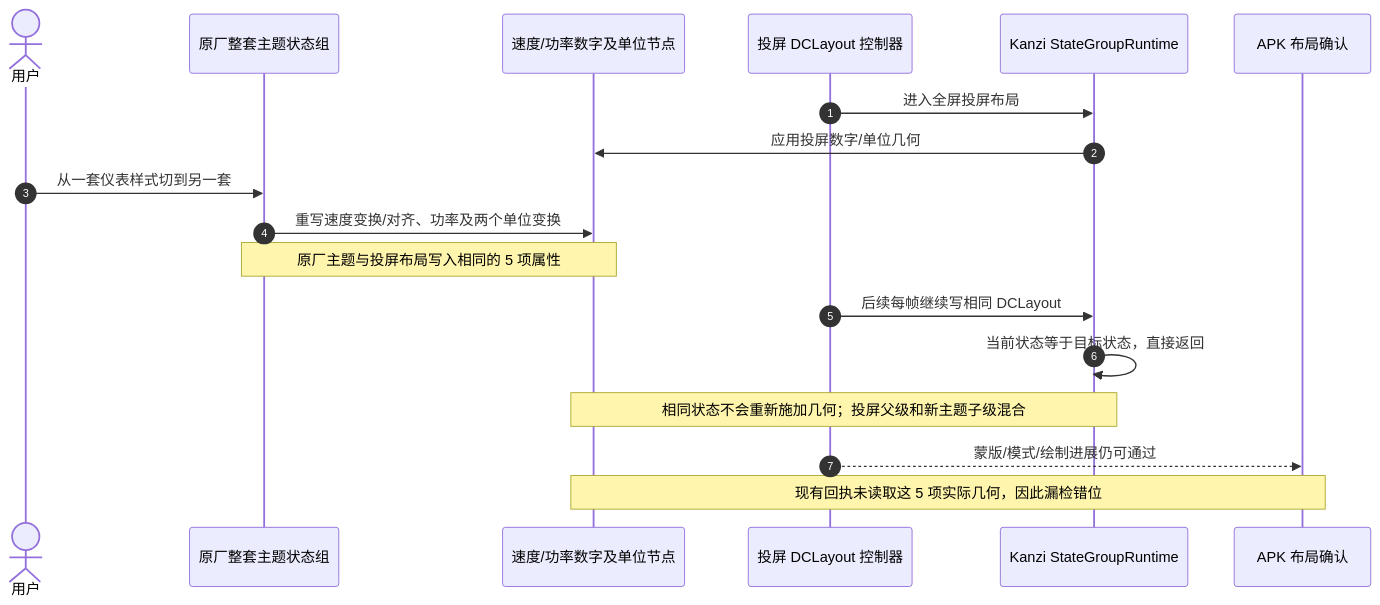
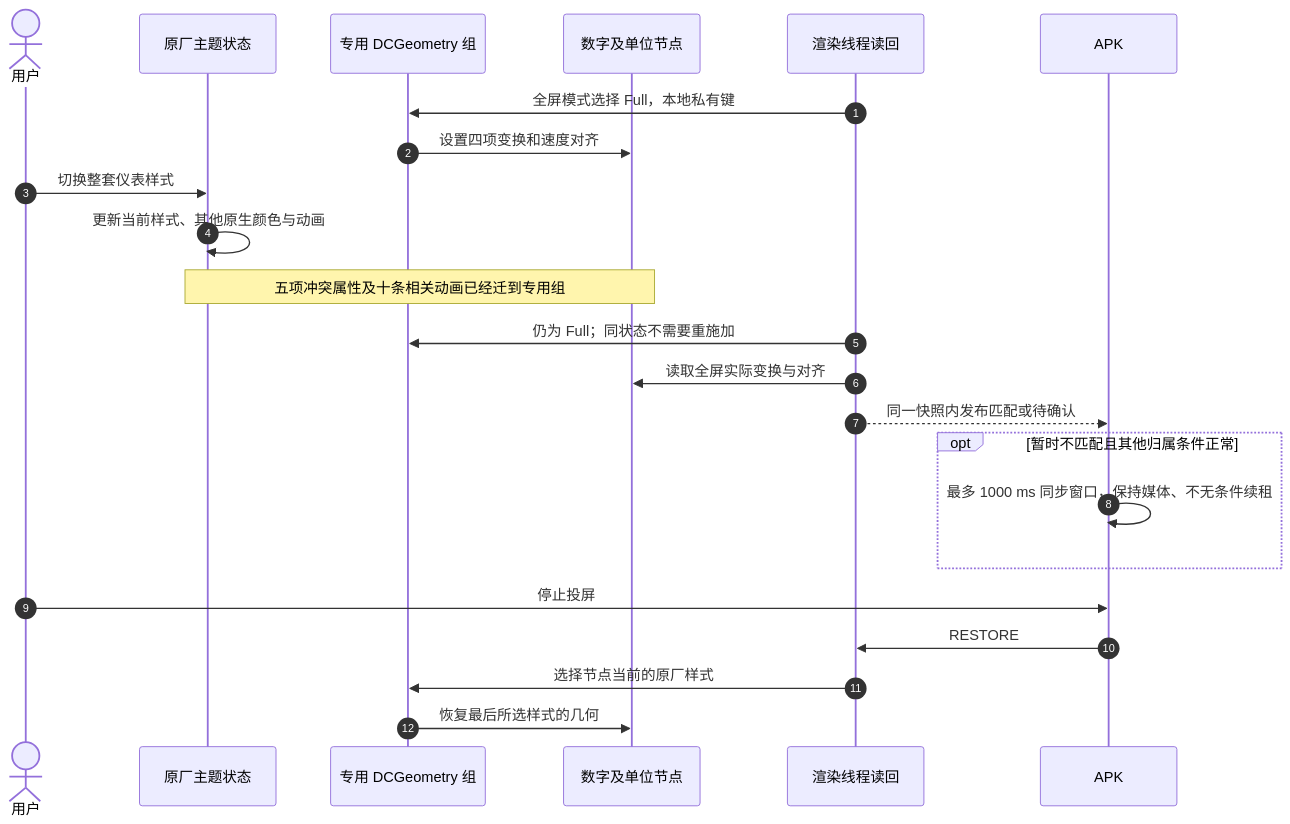
Before and after one commit to code-new-bie/byd-dashcast: diagram 15 of 15 in docs/SEQUENCE.md, drawn with Mermaid. The commit also changed other lines of this file and 18 other files, not shown here.

````diff
--- a/docs/SEQUENCE.md
+++ b/docs/SEQUENCE.md
@@ -643,20 +643,25 @@
 ```mermaid
 sequenceDiagram
     autonumber
     actor U as 用户
-    participant T as 原厂整套主题状态组
-    participant N as 速度/功率数字及单位节点
-    participant C as 投屏 DCLayout 控制器
-    participant K as Kanzi StateGroupRuntime
-    participant A as APK 布局确认
-    C->>K: 进入全屏投屏布局
-    K->>N: 应用投屏数字/单位几何
-    U->>T: 从一套仪表样式切到另一套
-    T->>N: 重写速度变换/对齐、功率及两个单位变换
-    Note over T,N: 原厂主题与投屏布局写入相同的 5 项属性
-    C->>K: 后续每帧继续写相同 DCLayout
-    K->>K: 当前状态等于目标状态，直接返回
-    Note over N,K: 相同状态不会重新施加几何；投屏父级和新主题子级混合
-    C-->>A: 蒙版/模式/绘制进展仍可通过
-    Note over N,A: 现有回执未读取这 5 项实际几何，因此漏检错位
+    participant O as 原厂主题状态
+    participant G as 专用 DCGeometry 组
+    participant N as 数字及单位节点
+    participant H as 渲染线程读回
+    participant A as APK
+    H->>G: 全屏模式选择 Full，本地私有键
+    G->>N: 设置四项变换和速度对齐
+    U->>O: 切换整套仪表样式
+    O->>O: 更新当前样式、其他原生颜色与动画
+    Note over O,N: 五项冲突属性及十条相关动画已经迁到专用组
+    H->>G: 仍为 Full；同状态不需要重施加
+    H->>N: 读取全屏实际变换与对齐
+    H-->>A: 同一快照内发布匹配或待确认
+    opt 暂时不匹配且其他归属条件正常
+        A->>A: 最多 1000 ms 同步窗口，保持媒体、不无条件续租
+    end
+    U->>A: 停止投屏
+    A->>H: RESTORE
+    H->>G: 选择节点当前的原厂样式
+    G->>N: 恢复最后所选样式的几何
 ```
````
